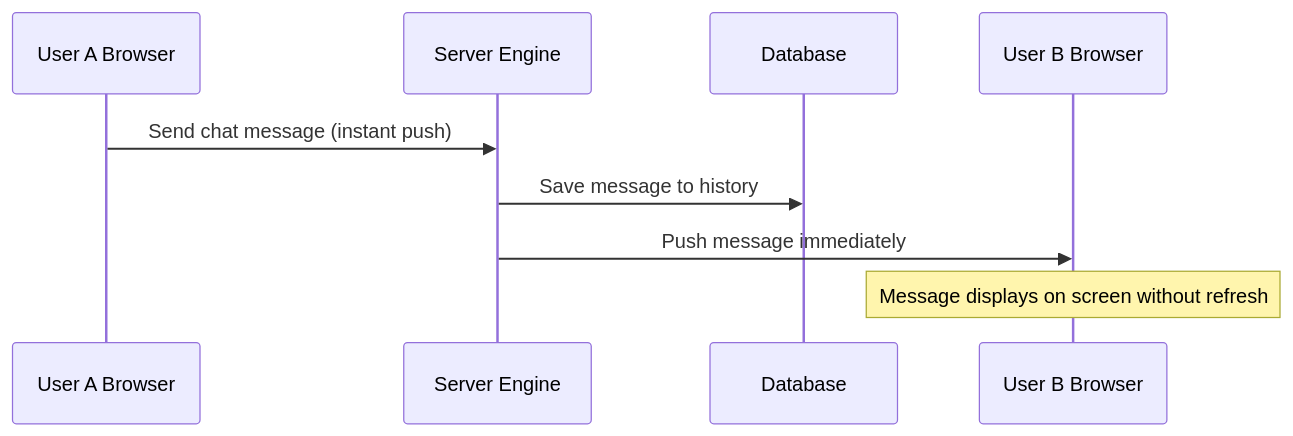
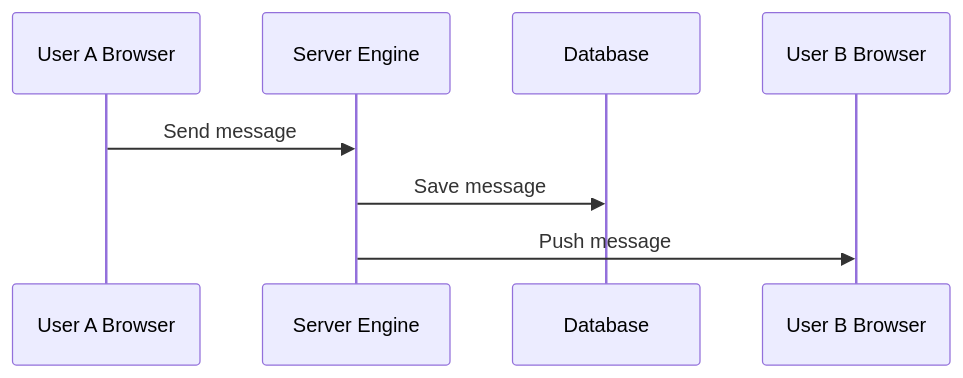
The fourth of 6 diagrams in HOW_IT_WORKS.md (Ashishmehta108/video-app), drawn with Mermaid before and after one commit. The commit also changed other lines of this file, not shown here.

Commit message:
Fix syntax errors in HOW_IT_WORKS.md sequence diagrams

````diff
--- a/HOW_IT_WORKS.md
+++ b/HOW_IT_WORKS.md
@@ -85,12 +85,11 @@
 ```mermaid
 sequenceDiagram
     participant UserA as User A Browser
     participant Server as Server Engine
     participant DB as Database
     participant UserB as User B Browser
     
-    UserA->>Server: Send chat message (instant push)
-    Server->>DB: Save message to history
-    Server->>UserB: Push message immediately
-    Note over UserB: Message displays on screen without refresh
+    UserA->>Server: Send message
+    Server->>DB: Save message
+    Server->>UserB: Push message
 ```
````
